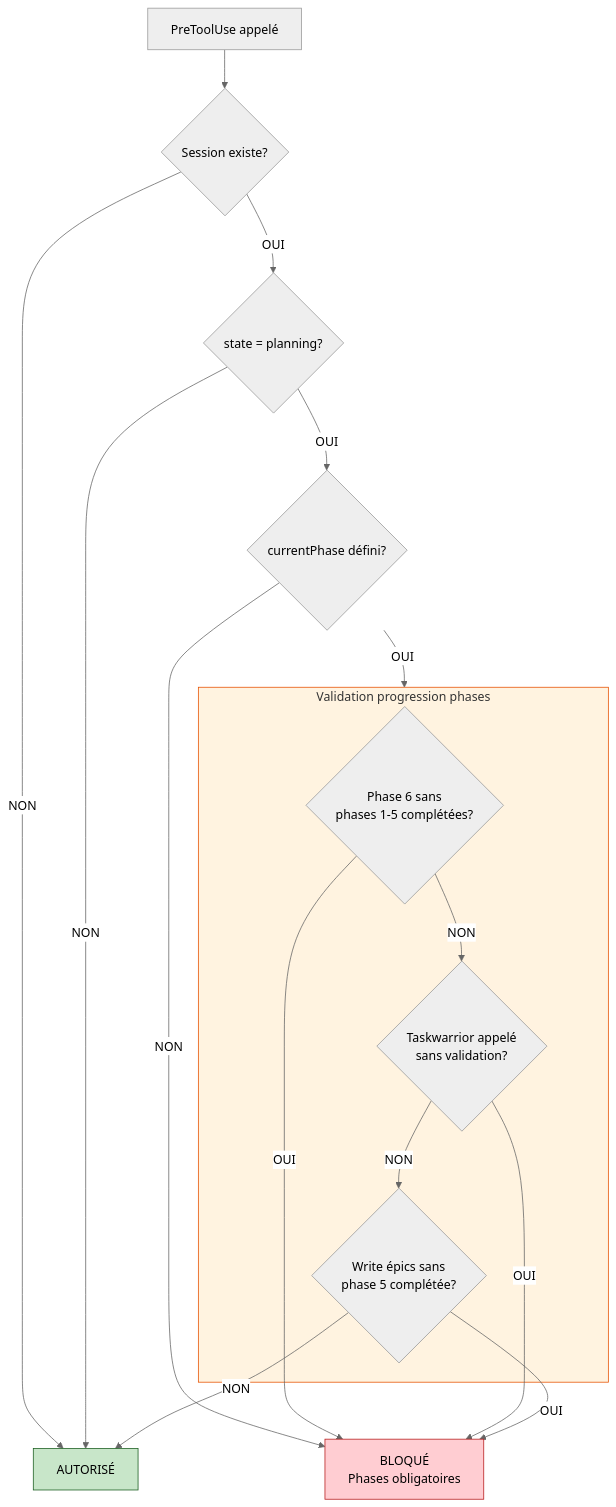
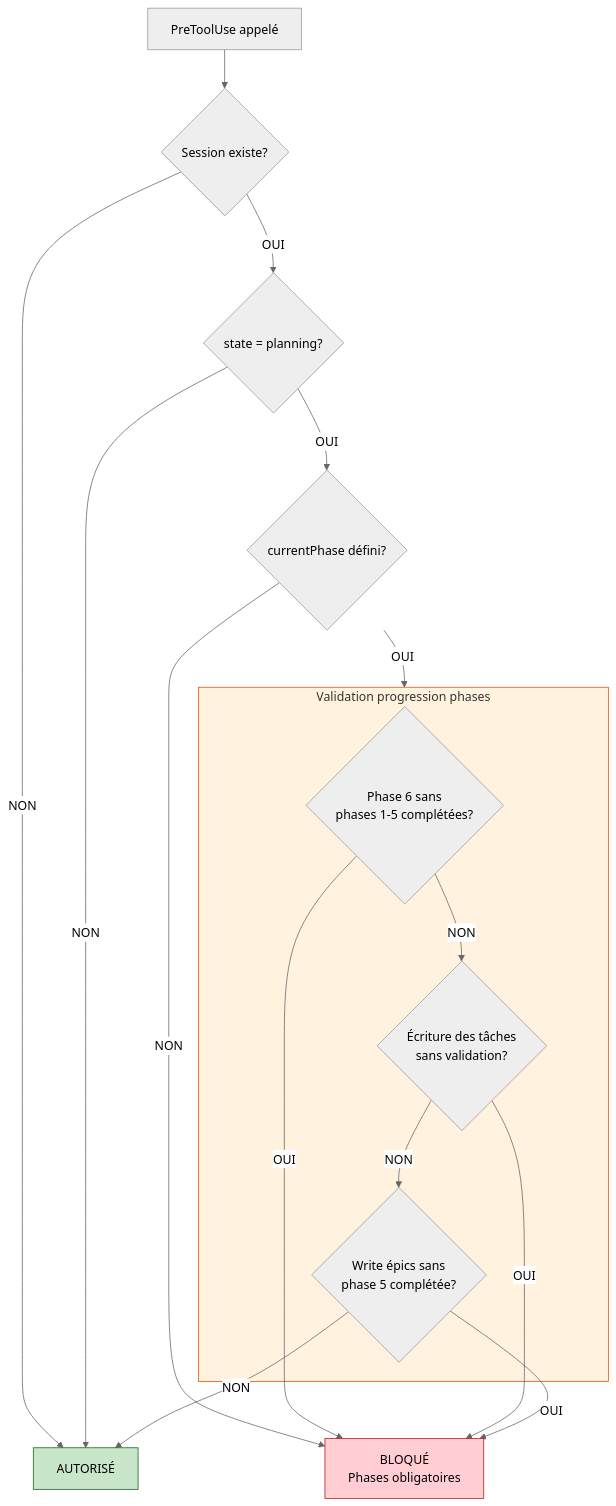
One commit to kodflow/status-line changed the fourth of 10 diagrams in .devcontainer/docs/workflow-plan-apply.md. Above: the diagram before and after it, drawn with Mermaid (neutral theme). The commit also changed other lines of this file and 81 other files, not shown here.

````diff
--- a/.devcontainer/docs/workflow-plan-apply.md
+++ b/.devcontainer/docs/workflow-plan-apply.md
@@ -196,36 +196,36 @@
 ```mermaid
 flowchart TB
     Start["PreToolUse appelé"]
 
     Check1{Session existe?}
     Check2{state = planning?}
     Check3{currentPhase défini?}
 
     subgraph PhaseCheck["Validation progression phases"]
         PC1{Phase 6 sans<br/>phases 1-5 complétées?}
-        PC2{Taskwarrior appelé<br/>sans validation?}
+        PC2{Écriture des tâches<br/>sans validation?}
         PC3{Write épics sans<br/>phase 5 complétée?}
     end
 
     Block["BLOQUÉ<br/>Phases obligatoires"]
     Allow["AUTORISÉ"]
 
     Start --> Check1
     Check1 -->|NON| Allow
     Check1 -->|OUI| Check2
     Check2 -->|NON| Allow
     Check2 -->|OUI| Check3
     Check3 -->|NON| Block
     Check3 -->|OUI| PhaseCheck
 
     PC1 -->|OUI| Block
     PC1 -->|NON| PC2
     PC2 -->|OUI| Block
     PC2 -->|NON| PC3
     PC3 -->|OUI| Block
     PC3 -->|NON| Allow
 
     style Block fill:#ffcdd2,stroke:#b71c1c
     style Allow fill:#c8e6c9,stroke:#1b5e20
     style PhaseCheck fill:#fff3e0,stroke:#e65100
 ```
````
